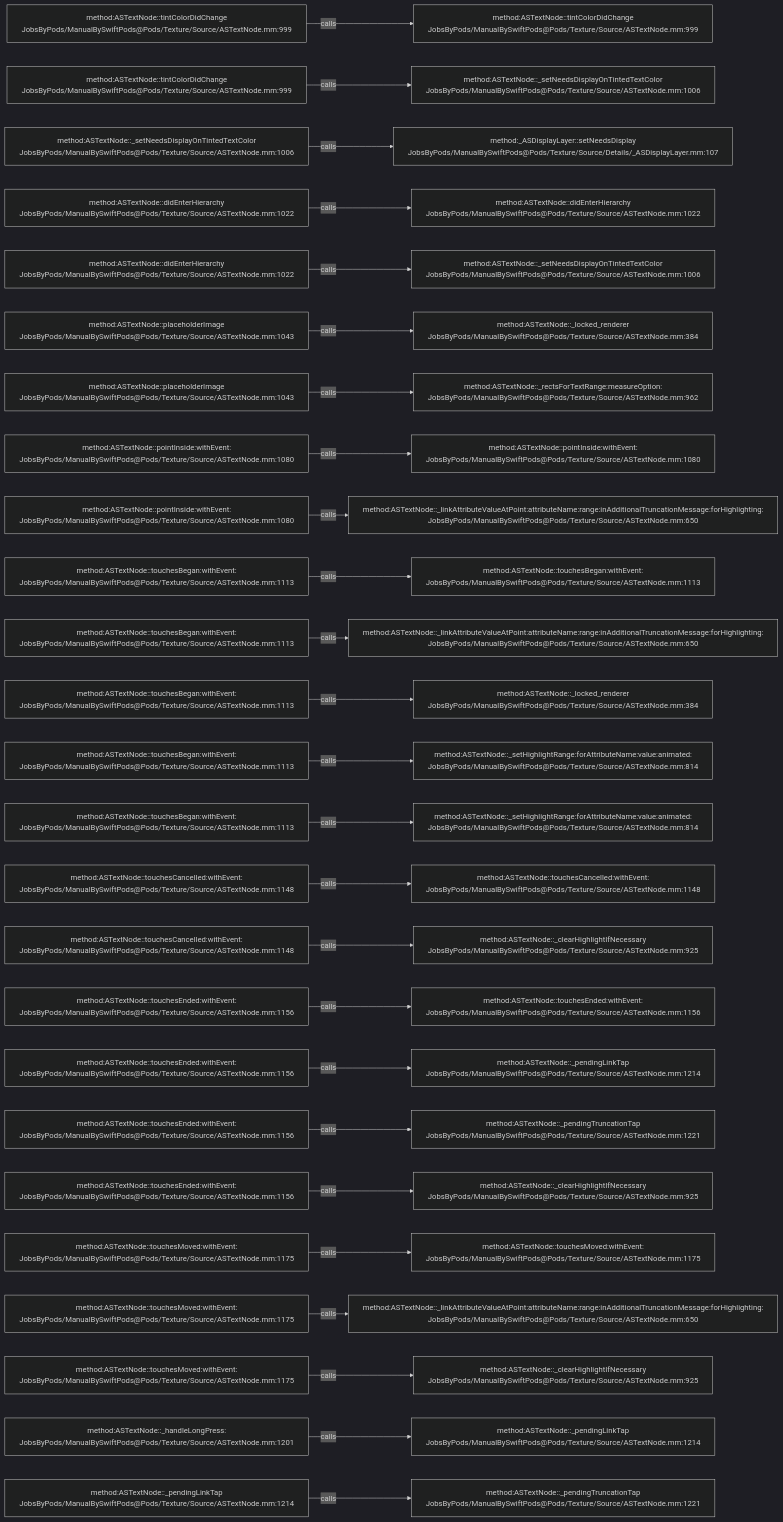
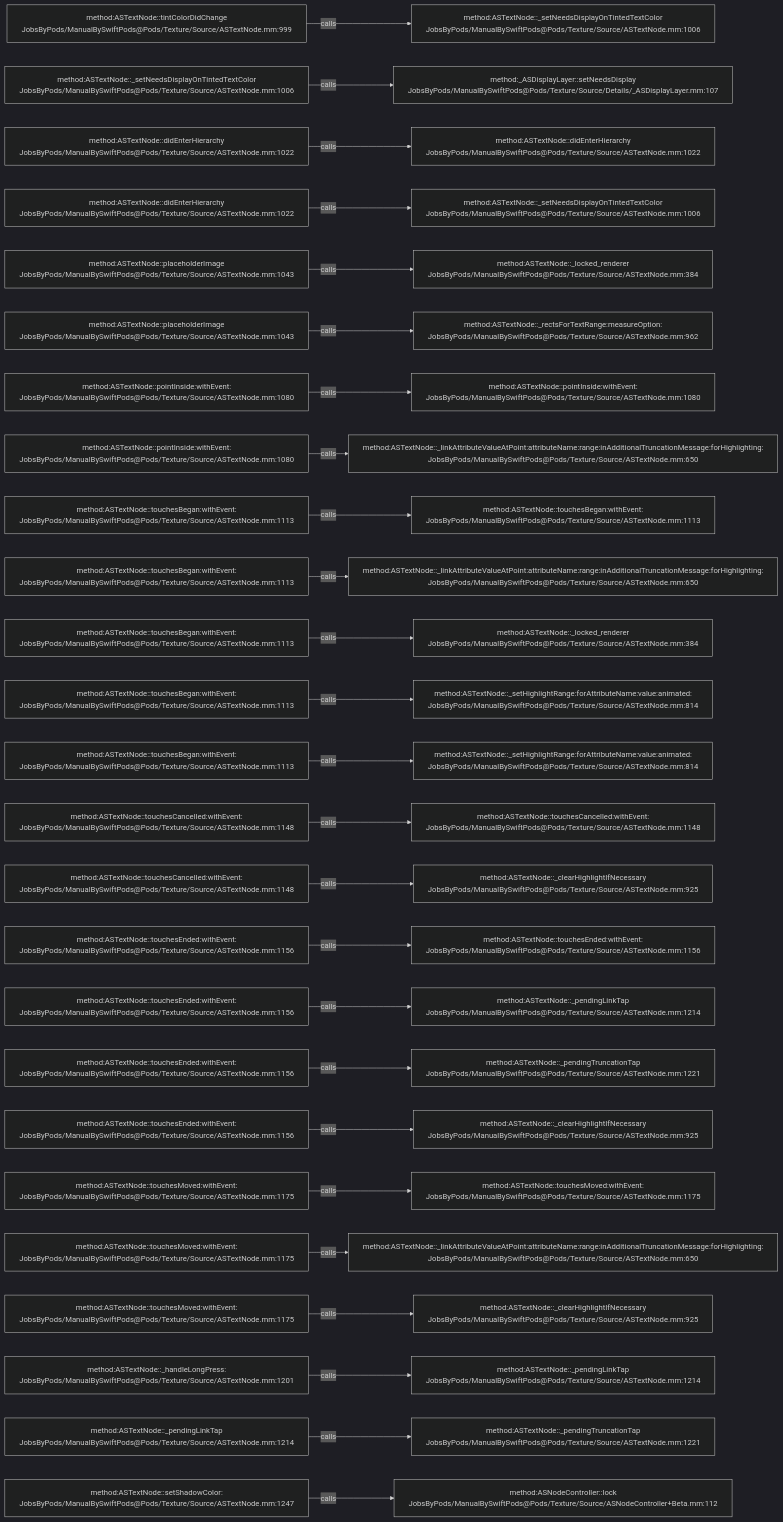
One commit to JobsKits/JobsSwiftBaseConfigDemo changed the diagram in .codegraph/codegraph.md/graphs/calls-068.md. Above: the diagram before and after it, drawn with Mermaid (dark theme). The commit also changed 747 other files, not shown here.

````diff
--- a/.codegraph/codegraph.md/graphs/calls-068.md
+++ b/.codegraph/codegraph.md/graphs/calls-068.md
@@ -13,78 +13,78 @@
 ```mermaid
 flowchart LR
   S1["method:ASTextNode::tintColorDidChange<br/>JobsByPods/ManualBySwiftPods@Pods/Texture/Source/ASTextNode.mm:999"]
-  T1["method:ASTextNode::tintColorDidChange<br/>JobsByPods/ManualBySwiftPods@Pods/Texture/Source/ASTextNode.mm:999"]
+  T1["method:ASTextNode::_setNeedsDisplayOnTintedTextColor<br/>JobsByPods/ManualBySwiftPods@Pods/Texture/Source/ASTextNode.mm:1006"]
   S1 -->|calls| T1
-  S2["method:ASTextNode::tintColorDidChange<br/>JobsByPods/ManualBySwiftPods@Pods/Texture/Source/ASTextNode.mm:999"]
-  T2["method:ASTextNode::_setNeedsDisplayOnTintedTextColor<br/>JobsByPods/ManualBySwiftPods@Pods/Texture/Source/ASTextNode.mm:1006"]
+  S2["method:ASTextNode::_setNeedsDisplayOnTintedTextColor<br/>JobsByPods/ManualBySwiftPods@Pods/Texture/Source/ASTextNode.mm:1006"]
+  T2["method:_ASDisplayLayer::setNeedsDisplay<br/>JobsByPods/ManualBySwiftPods@Pods/Texture/Source/Details/_ASDisplayLayer.mm:107"]
   S2 -->|calls| T2
-  S3["method:ASTextNode::_setNeedsDisplayOnTintedTextColor<br/>JobsByPods/ManualBySwiftPods@Pods/Texture/Source/ASTextNode.mm:1006"]
-  T3["method:_ASDisplayLayer::setNeedsDisplay<br/>JobsByPods/ManualBySwiftPods@Pods/Texture/Source/Details/_ASDisplayLayer.mm:107"]
+  S3["method:ASTextNode::didEnterHierarchy<br/>JobsByPods/ManualBySwiftPods@Pods/Texture/Source/ASTextNode.mm:1022"]
+  T3["method:ASTextNode::didEnterHierarchy<br/>JobsByPods/ManualBySwiftPods@Pods/Texture/Source/ASTextNode.mm:1022"]
   S3 -->|calls| T3
   S4["method:ASTextNode::didEnterHierarchy<br/>JobsByPods/ManualBySwiftPods@Pods/Texture/Source/ASTextNode.mm:1022"]
-  T4["method:ASTextNode::didEnterHierarchy<br/>JobsByPods/ManualBySwiftPods@Pods/Texture/Source/ASTextNode.mm:1022"]
+  T4["method:ASTextNode::_setNeedsDisplayOnTintedTextColor<br/>JobsByPods/ManualBySwiftPods@Pods/Texture/Source/ASTextNode.mm:1006"]
   S4 -->|calls| T4
-  S5["method:ASTextNode::didEnterHierarchy<br/>JobsByPods/ManualBySwiftPods@Pods/Texture/Source/ASTextNode.mm:1022"]
-  T5["method:ASTextNode::_setNeedsDisplayOnTintedTextColor<br/>JobsByPods/ManualBySwiftPods@Pods/Texture/Source/ASTextNode.mm:1006"]
+  S5["method:ASTextNode::placeholderImage<br/>JobsByPods/ManualBySwiftPods@Pods/Texture/Source/ASTextNode.mm:1043"]
+  T5["method:ASTextNode::_locked_renderer<br/>JobsByPods/ManualBySwiftPods@Pods/Texture/Source/ASTextNode.mm:384"]
   S5 -->|calls| T5
   S6["method:ASTextNode::placeholderImage<br/>JobsByPods/ManualBySwiftPods@Pods/Texture/Source/ASTextNode.mm:1043"]
-  T6["method:ASTextNode::_locked_renderer<br/>JobsByPods/ManualBySwiftPods@Pods/Texture/Source/ASTextNode.mm:384"]
+  T6["method:ASTextNode::_rectsForTextRange:measureOption:<br/>JobsByPods/ManualBySwiftPods@Pods/Texture/Source/ASTextNode.mm:962"]
   S6 -->|calls| T6
-  S7["method:ASTextNode::placeholderImage<br/>JobsByPods/ManualBySwiftPods@Pods/Texture/Source/ASTextNode.mm:1043"]
-  T7["method:ASTextNode::_rectsForTextRange:measureOption:<br/>JobsByPods/ManualBySwiftPods@Pods/Texture/Source/ASTextNode.mm:962"]
+  S7["method:ASTextNode::pointInside:withEvent:<br/>JobsByPods/ManualBySwiftPods@Pods/Texture/Source/ASTextNode.mm:1080"]
+  T7["method:ASTextNode::pointInside:withEvent:<br/>JobsByPods/ManualBySwiftPods@Pods/Texture/Source/ASTextNode.mm:1080"]
   S7 -->|calls| T7
   S8["method:ASTextNode::pointInside:withEvent:<br/>JobsByPods/ManualBySwiftPods@Pods/Texture/Source/ASTextNode.mm:1080"]
-  T8["method:ASTextNode::pointInside:withEvent:<br/>JobsByPods/ManualBySwiftPods@Pods/Texture/Source/ASTextNode.mm:1080"]
+  T8["method:ASTextNode::_linkAttributeValueAtPoint:attributeName:range:inAdditionalTruncationMessage:forHighlighting:<br/>JobsByPods/ManualBySwiftPods@Pods/Texture/Source/ASTextNode.mm:650"]
   S8 -->|calls| T8
-  S9["method:ASTextNode::pointInside:withEvent:<br/>JobsByPods/ManualBySwiftPods@Pods/Texture/Source/ASTextNode.mm:1080"]
-  T9["method:ASTextNode::_linkAttributeValueAtPoint:attributeName:range:inAdditionalTruncationMessage:forHighlighting:<br/>JobsByPods/ManualBySwiftPods@Pods/Texture/Source/ASTextNode.mm:650"]
+  S9["method:ASTextNode::touchesBegan:withEvent:<br/>JobsByPods/ManualBySwiftPods@Pods/Texture/Source/ASTextNode.mm:1113"]
+  T9["method:ASTextNode::touchesBegan:withEvent:<br/>JobsByPods/ManualBySwiftPods@Pods/Texture/Source/ASTextNode.mm:1113"]
   S9 -->|calls| T9
   S10["method:ASTextNode::touchesBegan:withEvent:<br/>JobsByPods/ManualBySwiftPods@Pods/Texture/Source/ASTextNode.mm:1113"]
-  T10["method:ASTextNode::touchesBegan:withEvent:<br/>JobsByPods/ManualBySwiftPods@Pods/Texture/Source/ASTextNode.mm:1113"]
+  T10["method:ASTextNode::_linkAttributeValueAtPoint:attributeName:range:inAdditionalTruncationMessage:forHighlighting:<br/>JobsByPods/ManualBySwiftPods@Pods/Texture/Source/ASTextNode.mm:650"]
   S10 -->|calls| T10
   S11["method:ASTextNode::touchesBegan:withEvent:<br/>JobsByPods/ManualBySwiftPods@Pods/Texture/Source/ASTextNode.mm:1113"]
-  T11["method:ASTextNode::_linkAttributeValueAtPoint:attributeName:range:inAdditionalTruncationMessage:forHighlighting:<br/>JobsByPods/ManualBySwiftPods@Pods/Texture/Source/ASTextNode.mm:650"]
+  T11["method:ASTextNode::_locked_renderer<br/>JobsByPods/ManualBySwiftPods@Pods/Texture/Source/ASTextNode.mm:384"]
   S11 -->|calls| T11
   S12["method:ASTextNode::touchesBegan:withEvent:<br/>JobsByPods/ManualBySwiftPods@Pods/Texture/Source/ASTextNode.mm:1113"]
-  T12["method:ASTextNode::_locked_renderer<br/>JobsByPods/ManualBySwiftPods@Pods/Texture/Source/ASTextNode.mm:384"]
+  T12["method:ASTextNode::_setHighlightRange:forAttributeName:value:animated:<br/>JobsByPods/ManualBySwiftPods@Pods/Texture/Source/ASTextNode.mm:814"]
   S12 -->|calls| T12
   S13["method:ASTextNode::touchesBegan:withEvent:<br/>JobsByPods/ManualBySwiftPods@Pods/Texture/Source/ASTextNode.mm:1113"]
   T13["method:ASTextNode::_setHighlightRange:forAttributeName:value:animated:<br/>JobsByPods/ManualBySwiftPods@Pods/Texture/Source/ASTextNode.mm:814"]
   S13 -->|calls| T13
-  S14["method:ASTextNode::touchesBegan:withEvent:<br/>JobsByPods/ManualBySwiftPods@Pods/Texture/Source/ASTextNode.mm:1113"]
-  T14["method:ASTextNode::_setHighlightRange:forAttributeName:value:animated:<br/>JobsByPods/ManualBySwiftPods@Pods/Texture/Source/ASTextNode.mm:814"]
+  S14["method:ASTextNode::touchesCancelled:withEvent:<br/>JobsByPods/ManualBySwiftPods@Pods/Texture/Source/ASTextNode.mm:1148"]
+  T14["method:ASTextNode::touchesCancelled:withEvent:<br/>JobsByPods/ManualBySwiftPods@Pods/Texture/Source/ASTextNode.mm:1148"]
   S14 -->|calls| T14
   S15["method:ASTextNode::touchesCancelled:withEvent:<br/>JobsByPods/ManualBySwiftPods@Pods/Texture/Source/ASTextNode.mm:1148"]
-  T15["method:ASTextNode::touchesCancelled:withEvent:<br/>JobsByPods/ManualBySwiftPods@Pods/Texture/Source/ASTextNode.mm:1148"]
+  T15["method:ASTextNode::_clearHighlightIfNecessary<br/>JobsByPods/ManualBySwiftPods@Pods/Texture/Source/ASTextNode.mm:925"]
   S15 -->|calls| T15
-  S16["method:ASTextNode::touchesCancelled:withEvent:<br/>JobsByPods/ManualBySwiftPods@Pods/Texture/Source/ASTextNode.mm:1148"]
-  T16["method:ASTextNode::_clearHighlightIfNecessary<br/>JobsByPods/ManualBySwiftPods@Pods/Texture/Source/ASTextNode.mm:925"]
+  S16["method:ASTextNode::touchesEnded:withEvent:<br/>JobsByPods/ManualBySwiftPods@Pods/Texture/Source/ASTextNode.mm:1156"]
+  T16["method:ASTextNode::touchesEnded:withEvent:<br/>JobsByPods/ManualBySwiftPods@Pods/Texture/Source/ASTextNode.mm:1156"]
   S16 -->|calls| T16
   S17["method:ASTextNode::touchesEnded:withEvent:<br/>JobsByPods/ManualBySwiftPods@Pods/Texture/Source/ASTextNode.mm:1156"]
-  T17["method:ASTextNode::touchesEnded:withEvent:<br/>JobsByPods/ManualBySwiftPods@Pods/Texture/Source/ASTextNode.mm:1156"]
+  T17["method:ASTextNode::_pendingLinkTap<br/>JobsByPods/ManualBySwiftPods@Pods/Texture/Source/ASTextNode.mm:1214"]
   S17 -->|calls| T17
   S18["method:ASTextNode::touchesEnded:withEvent:<br/>JobsByPods/ManualBySwiftPods@Pods/Texture/Source/ASTextNode.mm:1156"]
-  T18["method:ASTextNode::_pendingLinkTap<br/>JobsByPods/ManualBySwiftPods@Pods/Texture/Source/ASTextNode.mm:1214"]
+  T18["method:ASTextNode::_pendingTruncationTap<br/>JobsByPods/ManualBySwiftPods@Pods/Texture/Source/ASTextNode.mm:1221"]
   S18 -->|calls| T18
   S19["method:ASTextNode::touchesEnded:withEvent:<br/>JobsByPods/ManualBySwiftPods@Pods/Texture/Source/ASTextNode.mm:1156"]
-  T19["method:ASTextNode::_pendingTruncationTap<br/>JobsByPods/ManualBySwiftPods@Pods/Texture/Source/ASTextNode.mm:1221"]
+  T19["method:ASTextNode::_clearHighlightIfNecessary<br/>JobsByPods/ManualBySwiftPods@Pods/Texture/Source/ASTextNode.mm:925"]
   S19 -->|calls| T19
-  S20["method:ASTextNode::touchesEnded:withEvent:<br/>JobsByPods/ManualBySwiftPods@Pods/Texture/Source/ASTextNode.mm:1156"]
-  T20["method:ASTextNode::_clearHighlightIfNecessary<br/>JobsByPods/ManualBySwiftPods@Pods/Texture/Source/ASTextNode.mm:925"]
+  S20["method:ASTextNode::touchesMoved:withEvent:<br/>JobsByPods/ManualBySwiftPods@Pods/Texture/Source/ASTextNode.mm:1175"]
+  T20["method:ASTextNode::touchesMoved:withEvent:<br/>JobsByPods/ManualBySwiftPods@Pods/Texture/Source/ASTextNode.mm:1175"]
   S20 -->|calls| T20
   S21["method:ASTextNode::touchesMoved:withEvent:<br/>JobsByPods/ManualBySwiftPods@Pods/Texture/Source/ASTextNode.mm:1175"]
-  T21["method:ASTextNode::touchesMoved:withEvent:<br/>JobsByPods/ManualBySwiftPods@Pods/Texture/Source/ASTextNode.mm:1175"]
+  T21["method:ASTextNode::_linkAttributeValueAtPoint:attributeName:range:inAdditionalTruncationMessage:forHighlighting:<br/>JobsByPods/ManualBySwiftPods@Pods/Texture/Source/ASTextNode.mm:650"]
   S21 -->|calls| T21
   S22["method:ASTextNode::touchesMoved:withEvent:<br/>JobsByPods/ManualBySwiftPods@Pods/Texture/Source/ASTextNode.mm:1175"]
-  T22["method:ASTextNode::_linkAttributeValueAtPoint:attributeName:range:inAdditionalTruncationMessage:forHighlighting:<br/>JobsByPods/ManualBySwiftPods@Pods/Texture/Source/ASTextNode.mm:650"]
+  T22["method:ASTextNode::_clearHighlightIfNecessary<br/>JobsByPods/ManualBySwiftPods@Pods/Texture/Source/ASTextNode.mm:925"]
   S22 -->|calls| T22
-  S23["method:ASTextNode::touchesMoved:withEvent:<br/>JobsByPods/ManualBySwiftPods@Pods/Texture/Source/ASTextNode.mm:1175"]
-  T23["method:ASTextNode::_clearHighlightIfNecessary<br/>JobsByPods/ManualBySwiftPods@Pods/Texture/Source/ASTextNode.mm:925"]
+  S23["method:ASTextNode::_handleLongPress:<br/>JobsByPods/ManualBySwiftPods@Pods/Texture/Source/ASTextNode.mm:1201"]
+  T23["method:ASTextNode::_pendingLinkTap<br/>JobsByPods/ManualBySwiftPods@Pods/Texture/Source/ASTextNode.mm:1214"]
   S23 -->|calls| T23
-  S24["method:ASTextNode::_handleLongPress:<br/>JobsByPods/ManualBySwiftPods@Pods/Texture/Source/ASTextNode.mm:1201"]
-  T24["method:ASTextNode::_pendingLinkTap<br/>JobsByPods/ManualBySwiftPods@Pods/Texture/Source/ASTextNode.mm:1214"]
+  S24["method:ASTextNode::_pendingLinkTap<br/>JobsByPods/ManualBySwiftPods@Pods/Texture/Source/ASTextNode.mm:1214"]
+  T24["method:ASTextNode::_pendingTruncationTap<br/>JobsByPods/ManualBySwiftPods@Pods/Texture/Source/ASTextNode.mm:1221"]
   S24 -->|calls| T24
-  S25["method:ASTextNode::_pendingLinkTap<br/>JobsByPods/ManualBySwiftPods@Pods/Texture/Source/ASTextNode.mm:1214"]
-  T25["method:ASTextNode::_pendingTruncationTap<br/>JobsByPods/ManualBySwiftPods@Pods/Texture/Source/ASTextNode.mm:1221"]
+  S25["method:ASTextNode::setShadowColor:<br/>JobsByPods/ManualBySwiftPods@Pods/Texture/Source/ASTextNode.mm:1247"]
+  T25["method:ASNodeController::lock<br/>JobsByPods/ManualBySwiftPods@Pods/Texture/Source/ASNodeController+Beta.mm:112"]
   S25 -->|calls| T25
 ```
````
